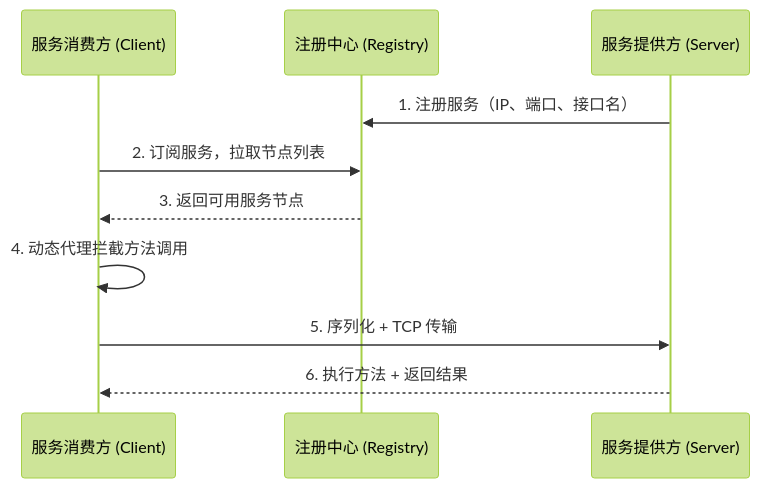
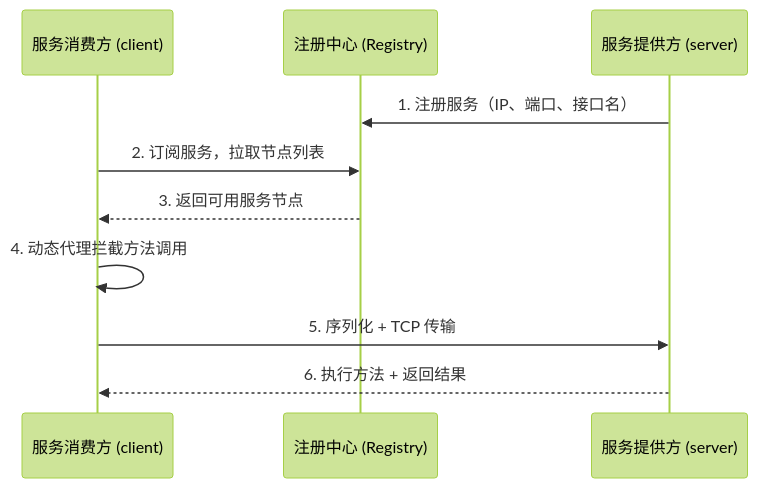
Before and after one commit to Xinyang-Hu123/Java_RpcFrame: the diagram in README.md, drawn with Mermaid (forest theme). The commit also changed other lines of this file and 71 other files, not shown here.

````diff
--- a/README.md
+++ b/README.md
@@ -77,13 +77,13 @@
 ```mermaid
 sequenceDiagram
-    participant Client as 服务消费方 (Client)
+    participant client as 服务消费方 (client)
     participant Registry as 注册中心 (Registry)
-    participant Server as 服务提供方 (Server)
+    participant server as 服务提供方 (server)
     
-    Server->>Registry: 1. 注册服务（IP、端口、接口名）
-    Client->>Registry: 2. 订阅服务，拉取节点列表
-    Registry-->>Client: 3. 返回可用服务节点
-    Client->>Client: 4. 动态代理拦截方法调用
-    Client->>Server: 5. 序列化 + TCP 传输
-    Server-->>Client: 6. 执行方法 + 返回结果
+    server->>Registry: 1. 注册服务（IP、端口、接口名）
+    client->>Registry: 2. 订阅服务，拉取节点列表
+    Registry-->>client: 3. 返回可用服务节点
+    client->>client: 4. 动态代理拦截方法调用
+    client->>server: 5. 序列化 + TCP 传输
+    server-->>client: 6. 执行方法 + 返回结果
 ```
````
